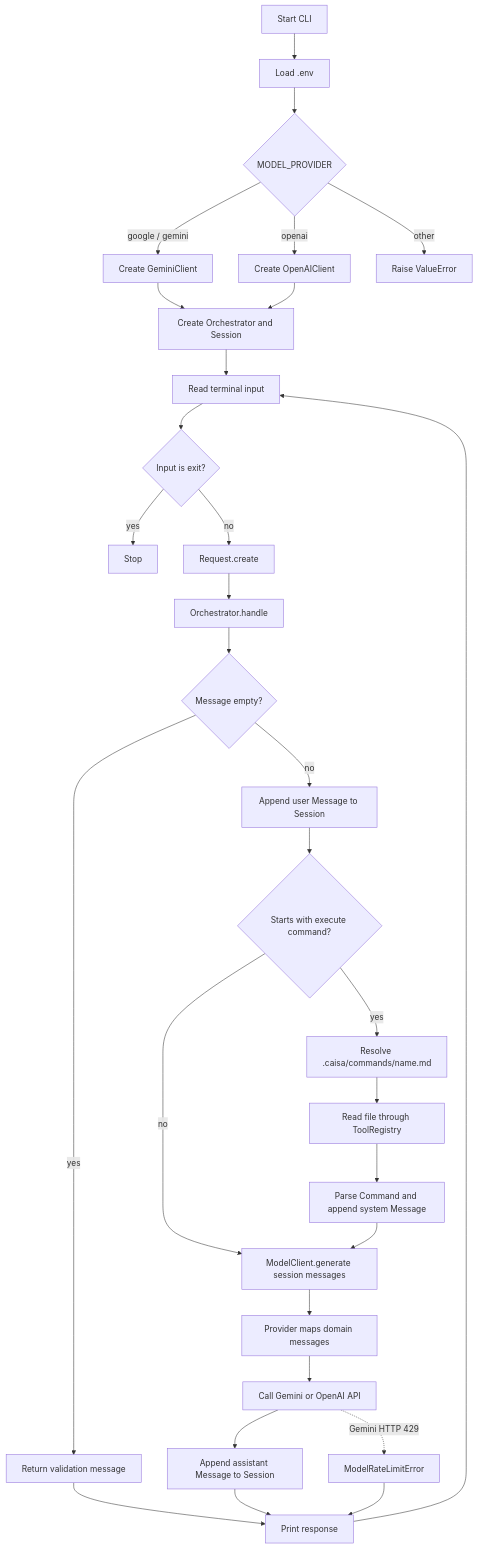
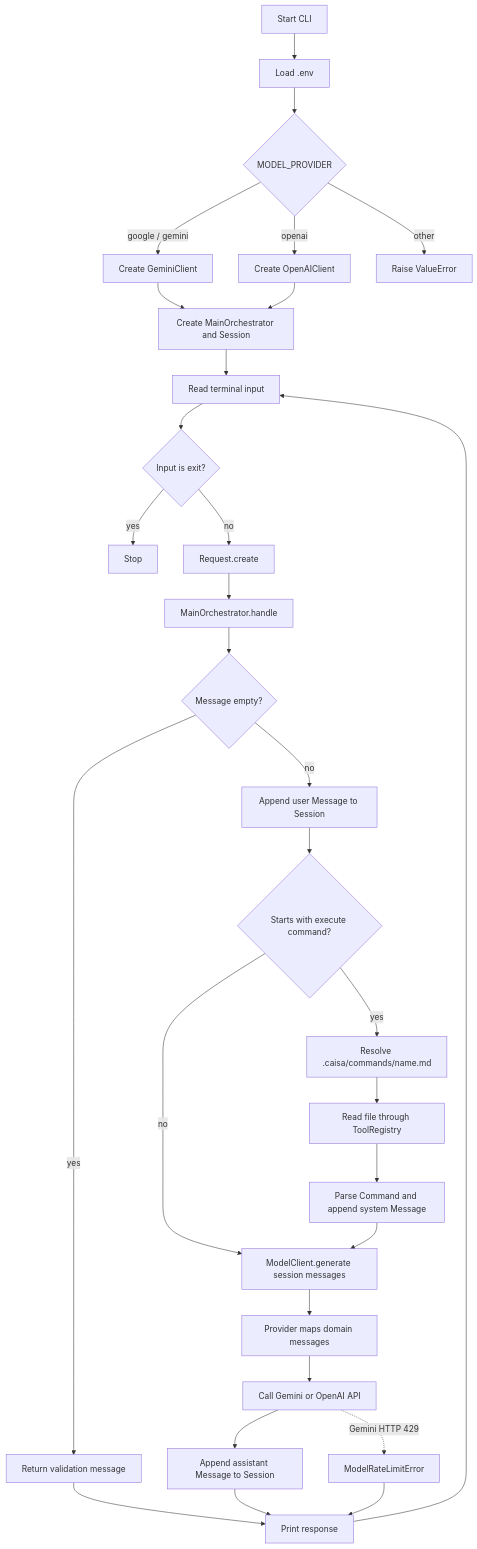
The first of 2 diagrams in doc/project_strucrure.md (kalinVn/caisa_harnes_project), drawn with Mermaid before and after one commit. The commit also changed other lines of this file and 14 other files, not shown here.

````diff
--- a/doc/project_strucrure.md
+++ b/doc/project_strucrure.md
@@ -130,32 +130,32 @@
 ```mermaid
 flowchart TD
     A[Start CLI] --> B[Load .env]
     B --> C{MODEL_PROVIDER}
     C -->|google / gemini| D[Create GeminiClient]
     C -->|openai| E[Create OpenAIClient]
     C -->|other| X[Raise ValueError]
-    D --> F[Create Orchestrator and Session]
+    D --> F[Create MainOrchestrator and Session]
     E --> F
     F --> G[Read terminal input]
     G --> H{Input is exit?}
     H -->|yes| Z[Stop]
     H -->|no| I[Request.create]
-    I --> J[Orchestrator.handle]
+    I --> J[MainOrchestrator.handle]
     J --> K{Message empty?}
     K -->|yes| L[Return validation message]
     K -->|no| M[Append user Message to Session]
     M --> N{Starts with execute command?}
     N -->|no| R[ModelClient.generate session messages]
     N -->|yes| O[Resolve .caisa/commands/name.md]
     O --> P[Read file through ToolRegistry]
     P --> Q[Parse Command and append system Message]
     Q --> R
     R --> S[Provider maps domain messages]
     S --> T[Call Gemini or OpenAI API]
     T --> U[Append assistant Message to Session]
     U --> V[Print response]
     L --> V
     V --> G
     T -. Gemini HTTP 429 .-> W[ModelRateLimitError]
     W --> V
 ```
````
